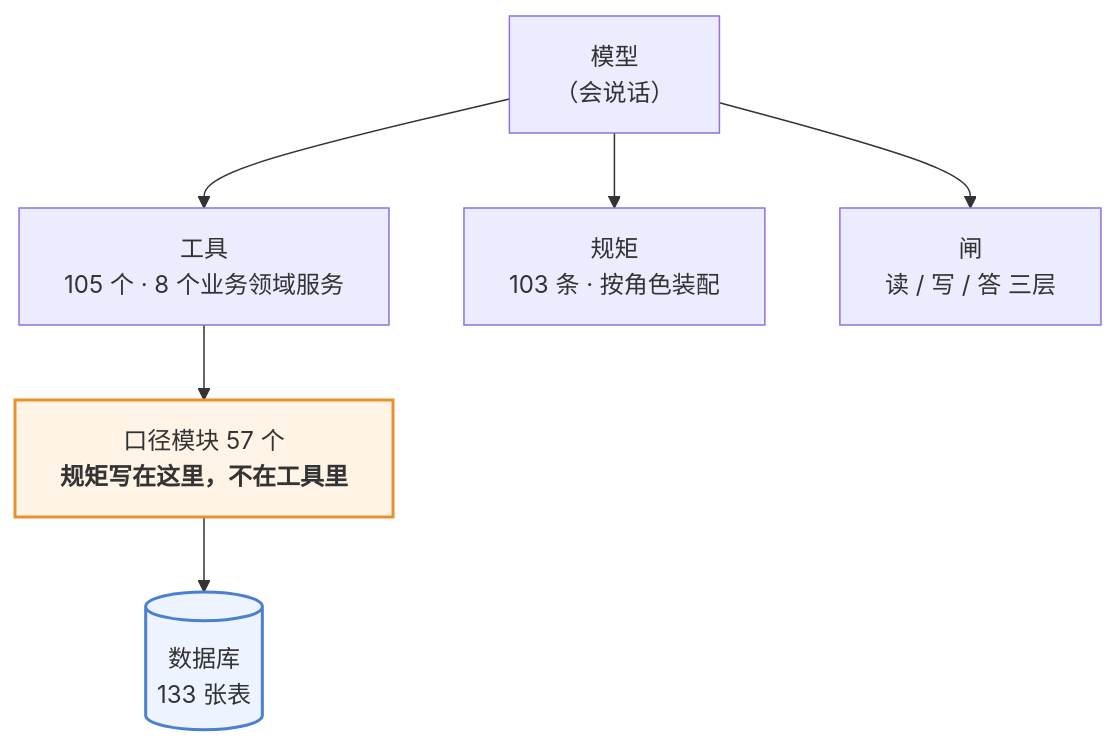
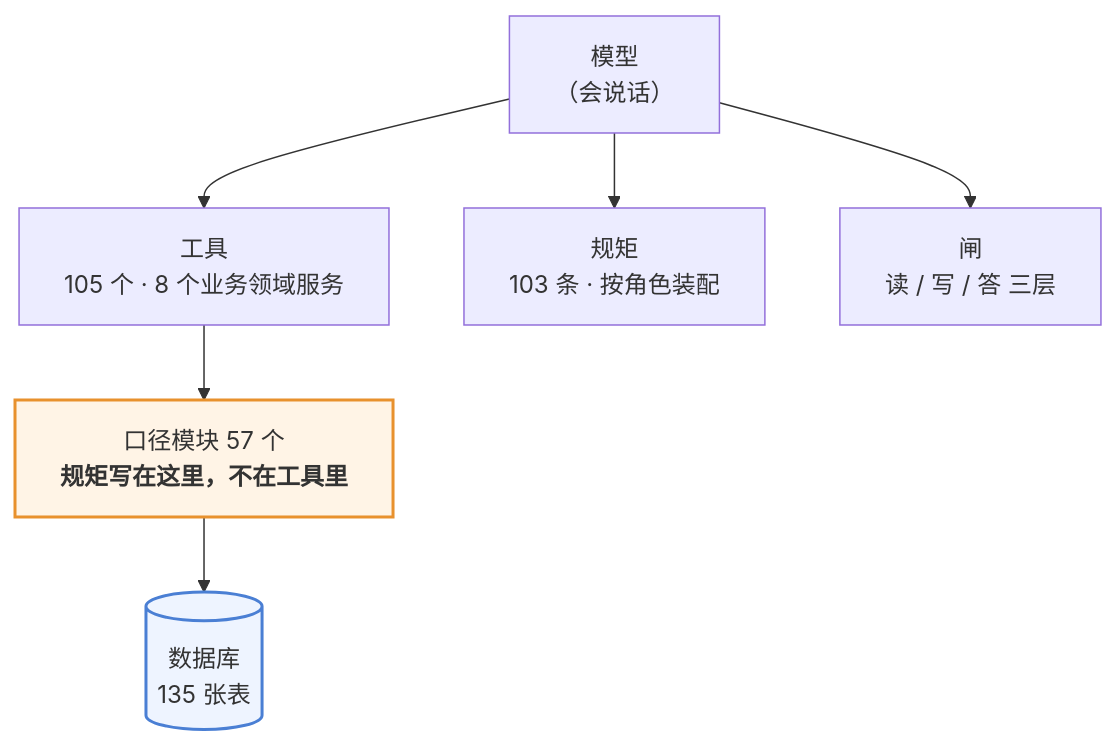
The first of 3 diagrams in 澜绣云裳agent-产品说明.md (843773296-rgb/lanxiu-yunshang-agent), drawn with Mermaid before and after one commit. The commit also changed other lines of this file and 9 other files, not shown here.

````diff
--- a/澜绣云裳agent-产品说明.md
+++ b/澜绣云裳agent-产品说明.md
@@ -62,12 +62,12 @@
 ```mermaid
 flowchart TD
     M["模型<br/>（会说话）"]
     M --> T["工具<br/>105 个 · 8 个业务领域服务"]
     M --> R["规矩<br/>103 条 · 按角色装配"]
     M --> G["闸<br/>读 / 写 / 答 三层"]
     T --> K["口径模块 57 个<br/><b>规矩写在这里，不在工具里</b>"]
-    K --> DB[("数据库<br/>133 张表")]
+    K --> DB[("数据库<br/>135 张表")]
 
     style K fill:#fff4e6,stroke:#e8912d,stroke-width:2px
     style DB fill:#eef4ff,stroke:#4a7fd4,stroke-width:2px
 ```
````
